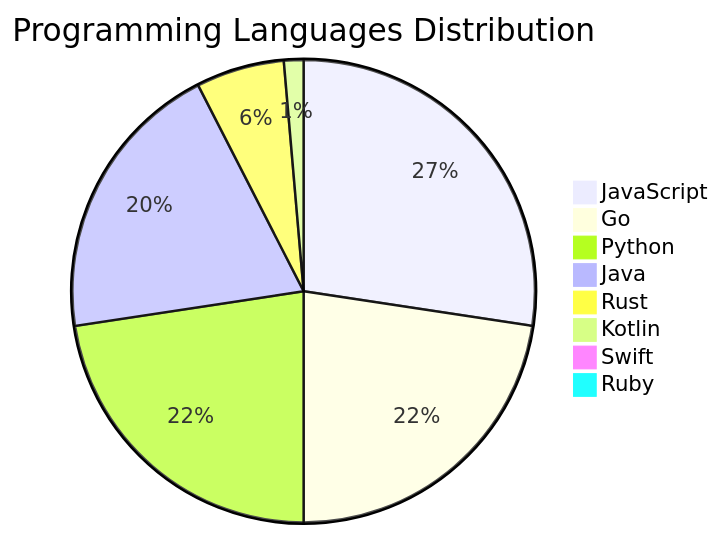
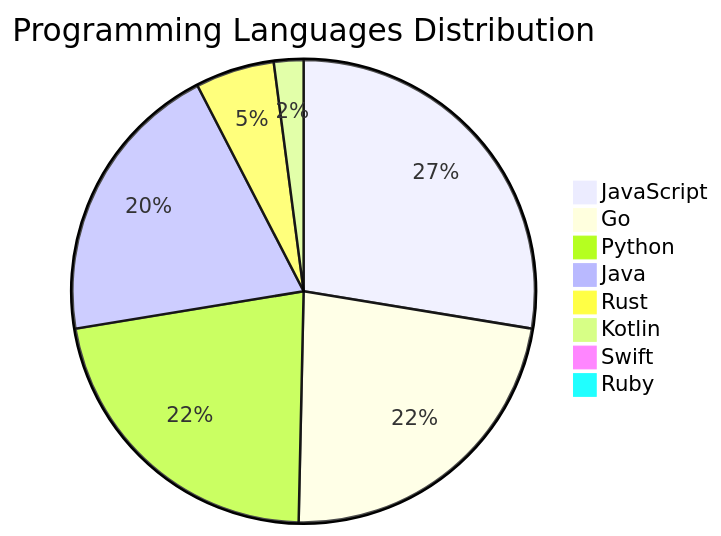
The diagram in README.md (Derrick-MUGISHA/github-activity-bot), drawn with Mermaid before and after one commit. The commit also changed other lines of this file and 4 other files, not shown here.

````diff
--- a/README.md
+++ b/README.md
@@ -211,11 +211,11 @@
 ```mermaid
 pie title Programming Languages Distribution
     "JavaScript" : 40
     "Go" : 33
-    "Python" : 33
+    "Python" : 32
     "Java" : 29
-    "Rust" : 9
-    "Kotlin" : 2
+    "Rust" : 8
+    "Kotlin" : 3
     "Swift" : 1
     "Ruby" : 1
 ```
````
